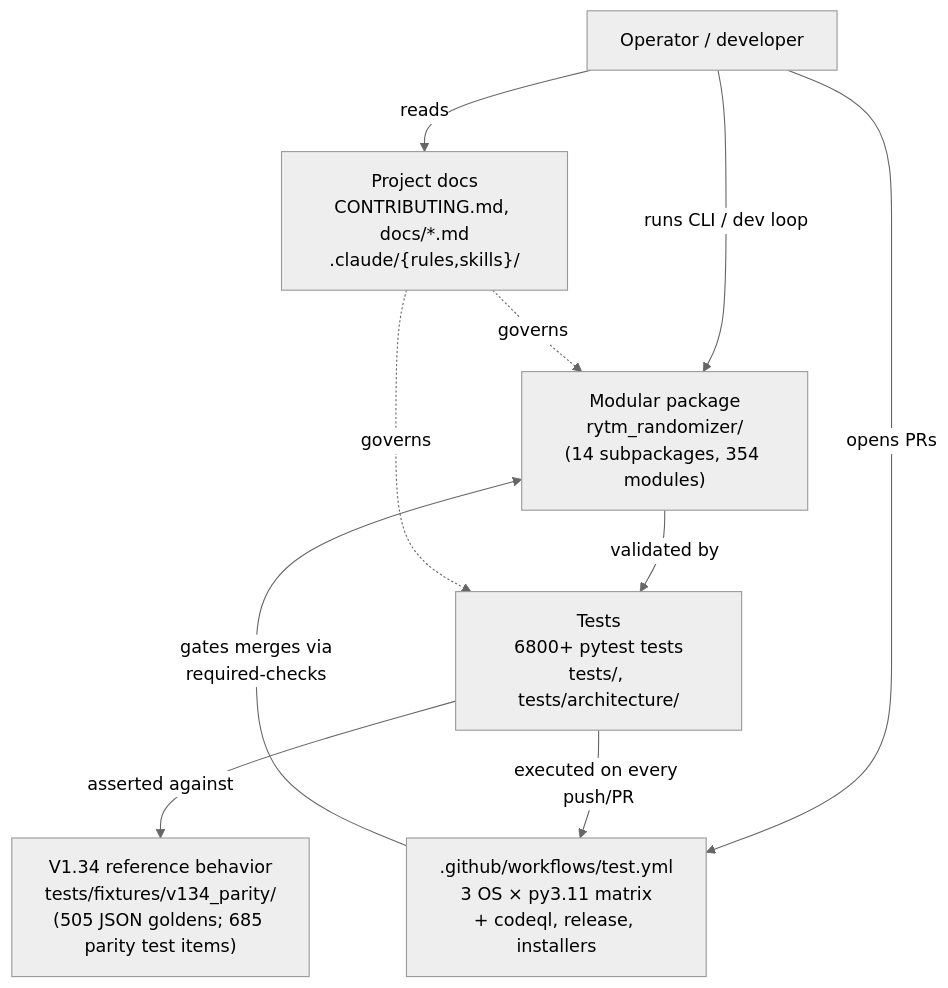
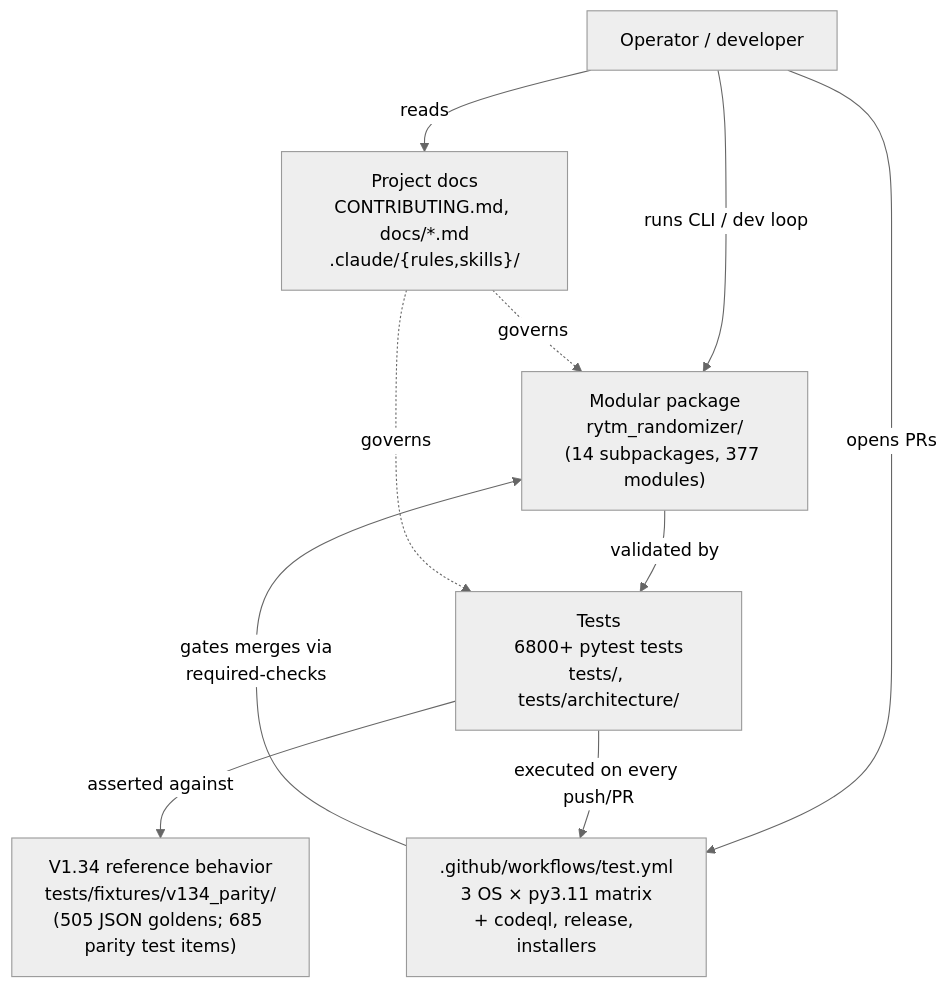
Before and after one commit to buzzijose-hub/RytmRandomizer: the first of 34 diagrams in docs/ARCHITECTURE_DIAGRAMS.md, drawn with Mermaid (neutral theme). The commit also changed other lines of this file and 61 other files, not shown here.

````diff
--- a/docs/ARCHITECTURE_DIAGRAMS.md
+++ b/docs/ARCHITECTURE_DIAGRAMS.md
@@ -52,22 +52,22 @@
 ```mermaid
 flowchart TB
     User["Operator / developer"]
     V134["V1.34 reference behavior<br/>tests/fixtures/v134_parity/<br/>(505 JSON goldens; 685 parity test items)"]
-    Package["Modular package<br/>rytm_randomizer/<br/>(14 subpackages, 354 modules)"]
+    Package["Modular package<br/>rytm_randomizer/<br/>(14 subpackages, 377 modules)"]
     Tests["Tests<br/>6800+ pytest tests<br/>tests/, tests/architecture/"]
     CI[".github/workflows/test.yml<br/>3 OS × py3.11 matrix<br/>+ codeql, release, installers"]
     Docs["Project docs<br/>CONTRIBUTING.md, docs/*.md<br/>.claude/{rules,skills}/"]
 
     User -->|"runs CLI / dev loop"| Package
     User -->|"opens PRs"| CI
     User -->|"reads"| Docs
 
     Package -->|"validated by"| Tests
     Tests -->|"asserted against"| V134
     Tests -->|"executed on every push/PR"| CI
 
     CI -->|"gates merges via<br/>required-checks"| Package
 
     Docs -.->|"governs"| Package
     Docs -.->|"governs"| Tests
 ```
````
